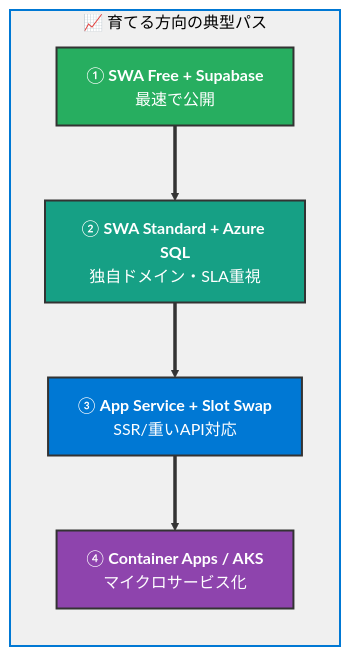
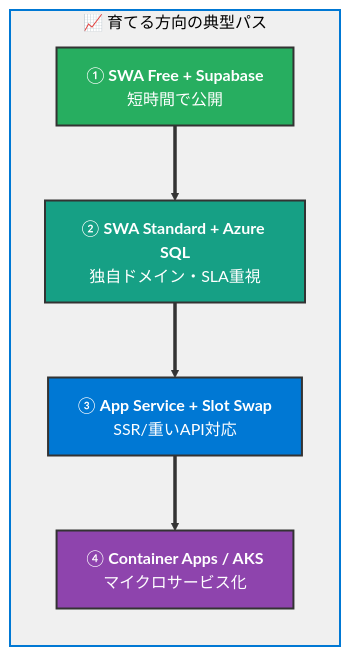
One commit to kasuyaofcb/tech_docs changed diagram 31 of 35 in azure/azure.md. Above: the diagram before and after it, drawn with Mermaid. The commit also changed other lines of this file and 1 other file, not shown here.

````diff
--- a/azure/azure.md
+++ b/azure/azure.md
@@ -849,17 +849,17 @@
 ```mermaid
 flowchart TB
     subgraph SCALE["📈 育てる方向の典型パス"]
         direction TB
-        S1["① <b>SWA Free + Supabase</b><br/>最速で公開"]
+        S1["① <b>SWA Free + Supabase</b><br/>短時間で公開"]
         S2["② <b>SWA Standard + Azure SQL</b><br/>独自ドメイン・SLA重視"]
         S3["③ <b>App Service + Slot Swap</b><br/>SSR/重いAPI対応"]
         S4["④ <b>Container Apps / AKS</b><br/>マイクロサービス化"]
         S1 ==> S2 ==> S3 ==> S4
     end
 
     style SCALE fill:#F0F0F0,stroke:#0078D4,stroke-width:2px,color:#000
     style S1 fill:#27AE60,color:#FFFFFF,stroke:#333,stroke-width:2px
     style S2 fill:#16A085,color:#FFFFFF,stroke:#333,stroke-width:2px
     style S3 fill:#0078D4,color:#FFFFFF,stroke:#333,stroke-width:2px
     style S4 fill:#8E44AD,color:#FFFFFF,stroke:#333,stroke-width:2px
 ```
````
